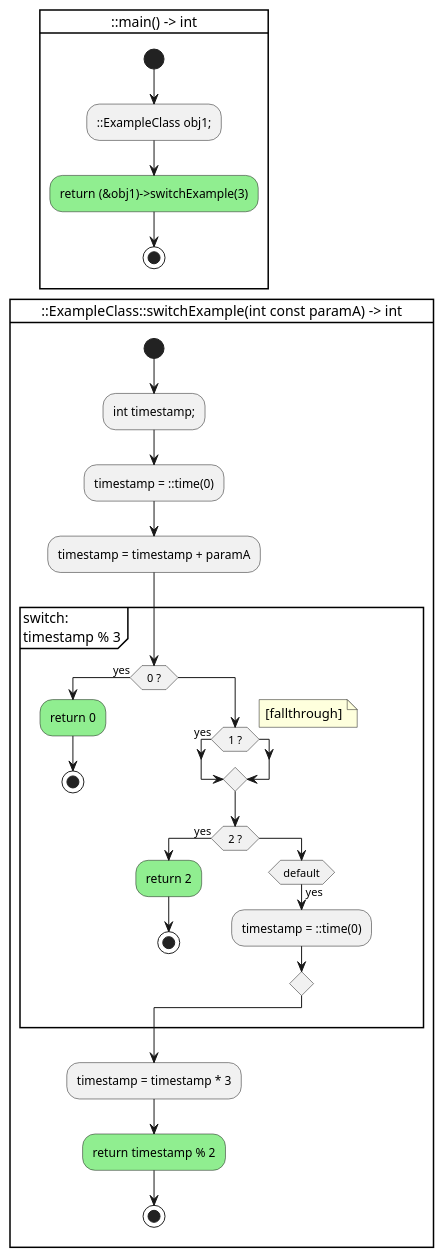
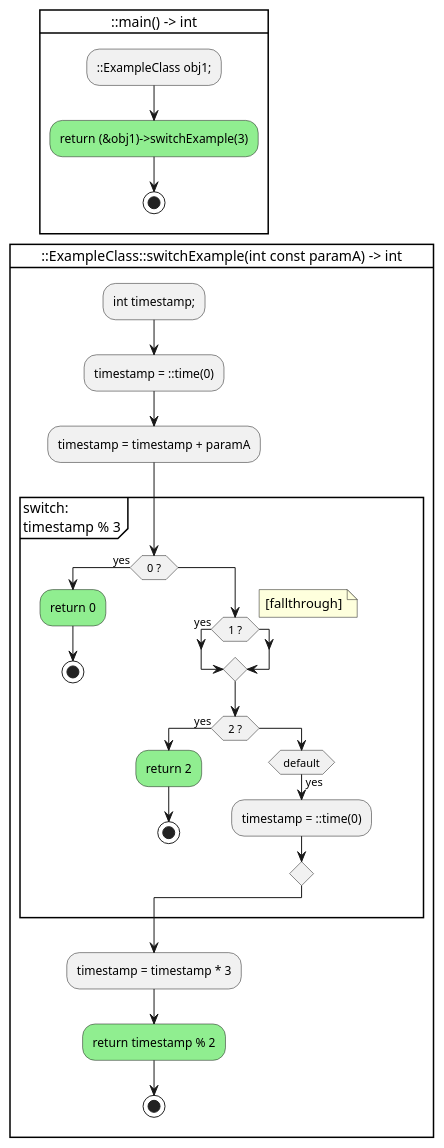
The diagram in examples/ctrlflowgraph/ctrl_sample.cpp.puml (anetczuk/gcc-uml), drawn with PlantUML before and after one commit. The commit also changed 12 other files, not shown here.

```diff
--- a/examples/ctrlflowgraph/ctrl_sample.cpp.puml
+++ b/examples/ctrlflowgraph/ctrl_sample.cpp.puml
@@ -1,46 +1,46 @@
 @startuml
 
 card "::main() -> int" {
-    start
     :::ExampleClass obj1;;
     #lightgreen:return (&obj1)->switchExample(3);
     stop
+    -[hidden]->
 }
 
 card "::ExampleClass::switchExample(int const paramA) -> int" {
-    start
     :int timestamp;;
     :timestamp = ::time(0);
     :timestamp = timestamp + paramA;
 
 partition "switch:\ntimestamp % 3" {
     ' case: 0 fallthrough: False
     if ( 0 ? ) then (yes)
         #lightgreen:return 0;
         stop
     else
         ' case: 1 fallthrough: True
         if ( 1 ? ) then (yes)
         endif
         note right: [fallthrough]
         ' case: 2 fallthrough: False
         if ( 2 ? ) then (yes)
             #lightgreen:return 2;
             stop
         else
             ' case: None fallthrough: True
             if ( default ) then (yes)
                 :timestamp = ::time(0);
             else
                 -[hidden]->
             endif
         endif
     endif
 }
     :timestamp = timestamp * 3;
     #lightgreen:return timestamp % 2;
     stop
+    -[hidden]->
 }
 
 
 @enduml
```
